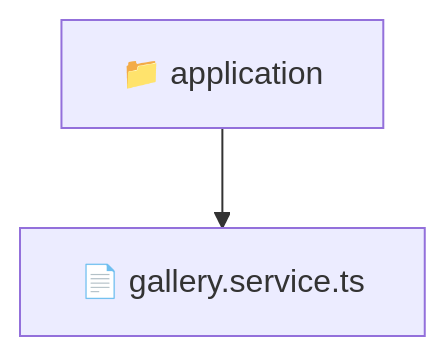
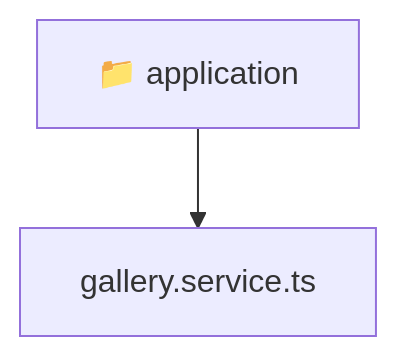
The diagram in backend/src/modules/gallery/application/README.md (beginwebdev2002/fullstack-mavluda), drawn with Mermaid before and after one commit. The commit also changed other lines of this file and 167 other files, not shown here.

````diff
--- a/backend/src/modules/gallery/application/README.md
+++ b/backend/src/modules/gallery/application/README.md
@@ -9,5 +9,6 @@
 ```mermaid
 graph TD
-  Root["📁 application"]
-  Root --> gallery_service_ts["📄 gallery.service.ts"]
+  Root_application["📁 application"]
+  f_gallery_service_ts["gallery.service.ts"]
+  Root_application --> f_gallery_service_ts
 ```
````
